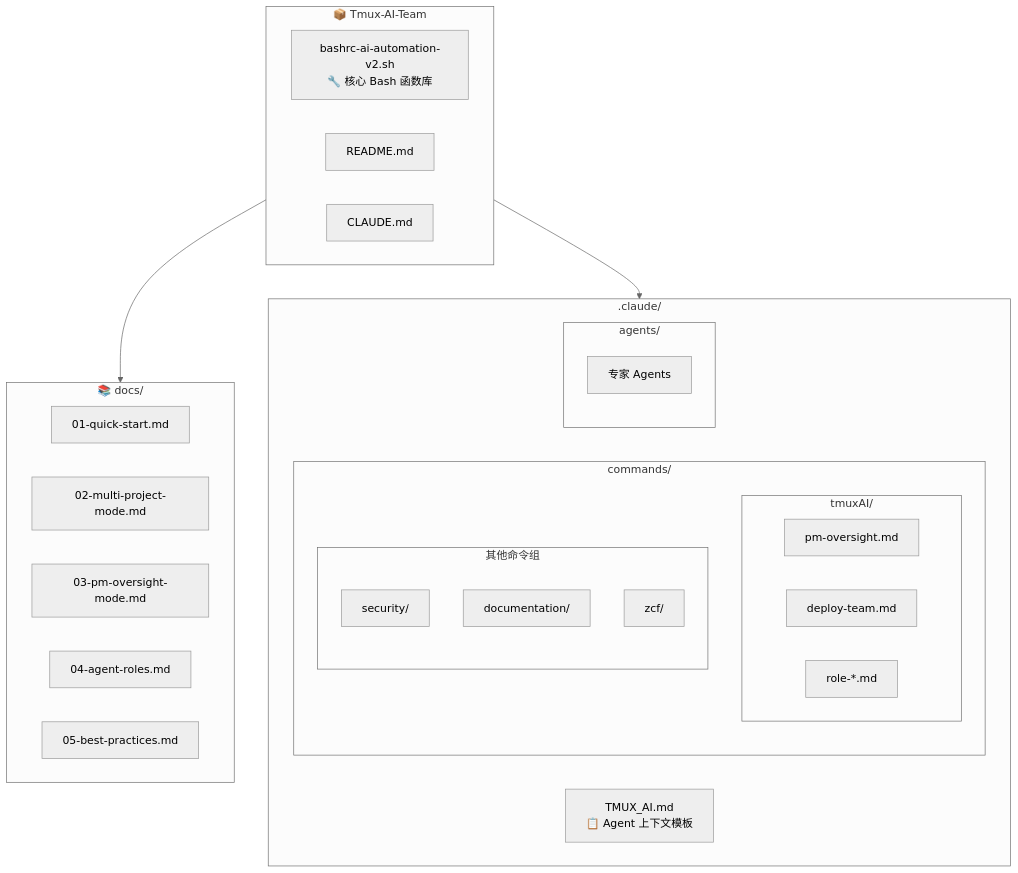
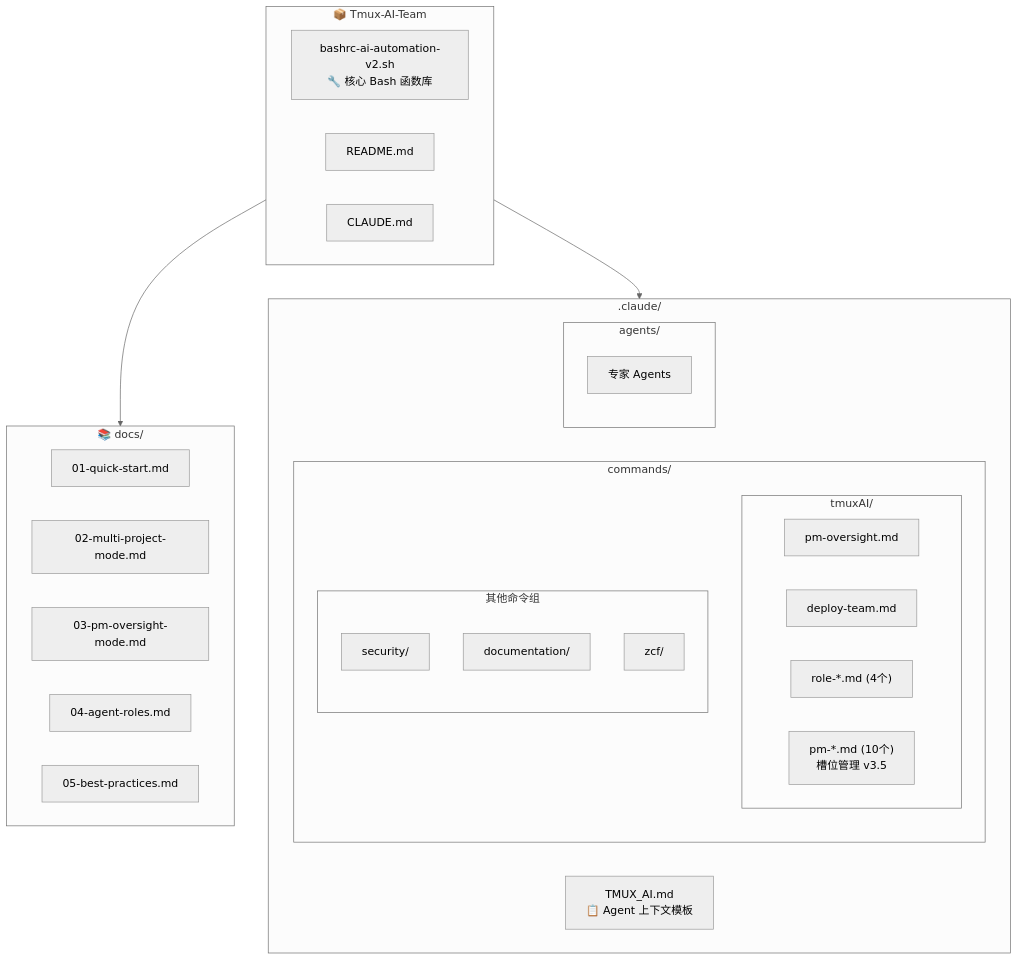
The first of 5 diagrams in CLAUDE.md (coolwoo/Tmux-AI-Team), drawn with Mermaid (neutral theme) before and after one commit. The commit also changed other lines of this file and 2 other files, not shown here.

First line of the commit message:
docs: 更新文档反映 PM 槽位管理 v3.5 功能

````diff
--- a/CLAUDE.md
+++ b/CLAUDE.md
@@ -20,40 +20,41 @@
 ```mermaid
 graph TB
     subgraph Root["📦 Tmux-AI-Team"]
         CORE["bashrc-ai-automation-v2.sh<br/>🔧 核心 Bash 函数库"]
         README["README.md"]
         CLAUDE["CLAUDE.md"]
     end
 
     subgraph Docs["📚 docs/"]
         D01["01-quick-start.md"]
         D02["02-multi-project-mode.md"]
         D03["03-pm-oversight-mode.md"]
         D04["04-agent-roles.md"]
         D05["05-best-practices.md"]
     end
 
     subgraph Claude[".claude/"]
         TMUX_AI["TMUX_AI.md<br/>📋 Agent 上下文模板"]
 
         subgraph Commands["commands/"]
             subgraph TmuxAI["tmuxAI/"]
                 PM["pm-oversight.md"]
                 DEPLOY["deploy-team.md"]
-                ROLES["role-*.md"]
+                ROLES["role-*.md (4个)"]
+                PMSLOTS["pm-*.md (10个)<br/>槽位管理 v3.5"]
             end
             subgraph Other["其他命令组"]
                 SECURITY["security/"]
                 DOC["documentation/"]
                 ZCF["zcf/"]
             end
         end
 
         subgraph Agents["agents/"]
             AGENT1["专家 Agents"]
         end
     end
 
     Root --> Docs
     Root --> Claude
 ```
````
